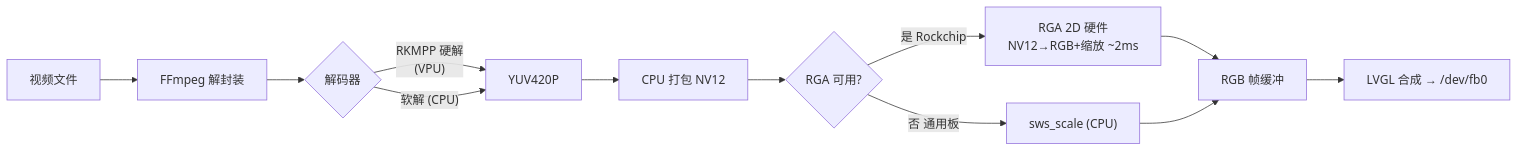
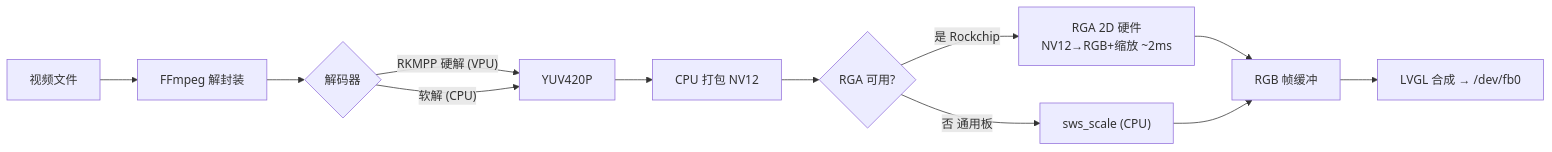
One commit to ZhangKeLiang0627/lvgl-video-player-demo changed the diagram in README.md. Above: the diagram before and after it, drawn with Mermaid. The commit also changed other lines of this file, not shown here.

````diff
--- a/README.md
+++ b/README.md
@@ -37,14 +52,14 @@
 ```mermaid
 flowchart LR
     A["视频文件"] --> B["FFmpeg 解封装"]
     B --> C{"解码器"}
-    C -->|"RKMPP 硬解<br/>(VPU)"| D["YUV420P"]
+    C -->|"RKMPP 硬解 (VPU)"| D["YUV420P"]
     C -->|"软解 (CPU)"| D
     D --> E["CPU 打包 NV12"]
     E --> F{"RGA 可用?"}
     F -->|"是 Rockchip"| G["RGA 2D 硬件<br/>NV12→RGB+缩放 ~2ms"]
     F -->|"否 通用板"| H["sws_scale (CPU)"]
     G --> I["RGB 帧缓冲"]
     H --> I
     I --> J["LVGL 合成 → /dev/fb0"]
 ```
````
